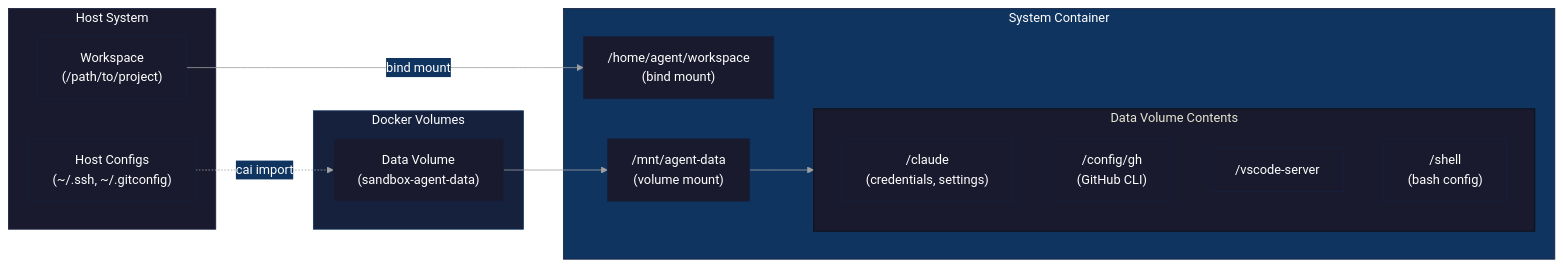
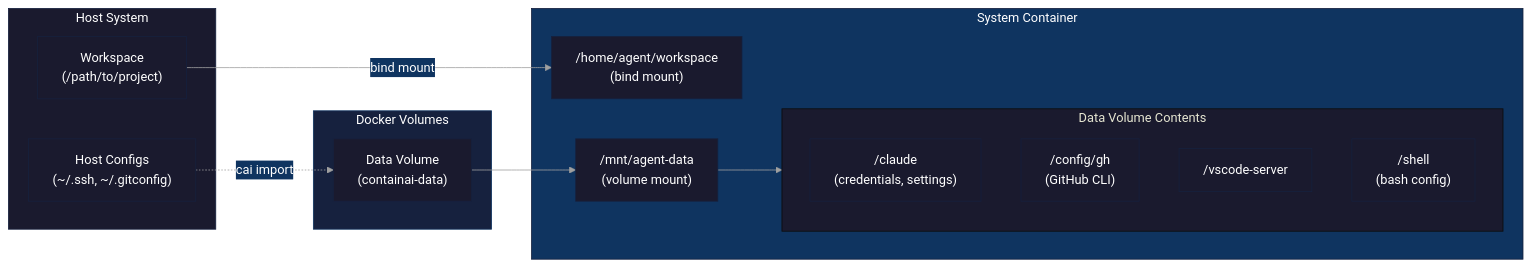
One commit to novotnyllc/ContainAI changed the tenth of 11 diagrams in docs/architecture.md. Above: the diagram before and after it, drawn with Mermaid. The commit also changed 13 other files, not shown here.

Commit message:
fix: update default data volume name from sandbox-agent-data to containai-data across documentation and scripts

````diff
--- a/docs/architecture.md
+++ b/docs/architecture.md
@@ -608,42 +608,42 @@
 ```mermaid
 %%{init: {'theme': 'base', 'themeVariables': {
   'primaryColor': '#1a1a2e',
   'primaryTextColor': '#ffffff',
   'primaryBorderColor': '#16213e',
   'secondaryColor': '#0f3460',
   'tertiaryColor': '#1a1a2e',
   'lineColor': '#a0a0a0',
   'textColor': '#ffffff',
   'background': '#0d1117'
 }}}%%
 flowchart LR
     subgraph Host["Host System"]
         Workspace["Workspace<br/>(/path/to/project)"]
         HostConfigs["Host Configs<br/>(~/.ssh, ~/.gitconfig)"]
     end
 
     subgraph Volumes["Docker Volumes"]
-        DataVol["Data Volume<br/>(sandbox-agent-data)"]
+        DataVol["Data Volume<br/>(containai-data)"]
     end
 
     subgraph Container["System Container"]
         WorkMount["/home/agent/workspace<br/>(bind mount)"]
         DataMount["/mnt/agent-data<br/>(volume mount)"]
 
         subgraph DataStructure["Data Volume Contents"]
             Claude["/claude<br/>(credentials, settings)"]
             GH["/config/gh<br/>(GitHub CLI)"]
             VSCode["/vscode-server"]
             Shell["/shell<br/>(bash config)"]
         end
     end
 
     Workspace -->|"bind mount"| WorkMount
     DataVol --> DataMount
     DataMount --> DataStructure
     HostConfigs -.->|"cai import"| DataVol
 
     style Host fill:#1a1a2e,stroke:#16213e,color:#fff
     style Volumes fill:#16213e,stroke:#0f3460,color:#fff
     style Container fill:#0f3460,stroke:#16213e,color:#fff
 ```
````
